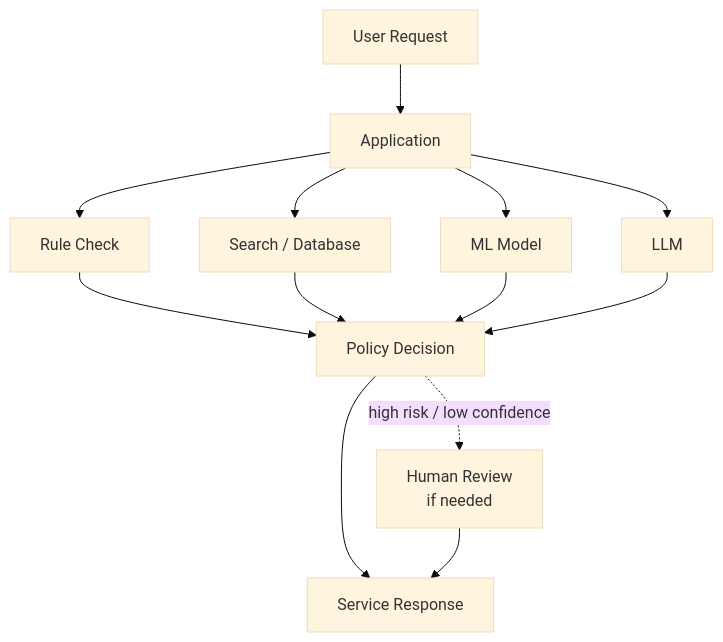
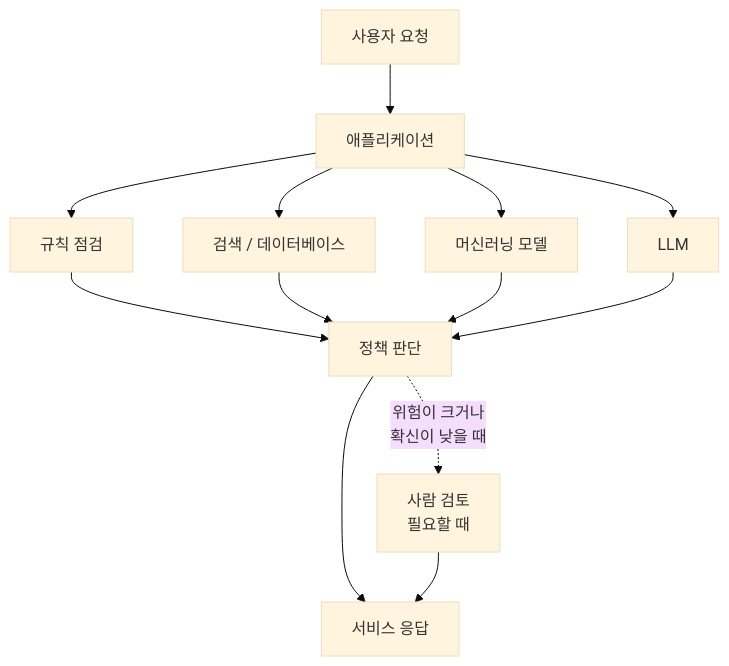
The second of 3 diagrams in docs/parts/part-04/chapter-01/section-01.md (devchan64/AiBook), drawn with Mermaid (base theme) before and after one commit. The commit also changed other lines of this file and 12 other files, not shown here.

Commit message:
Refine Part 4 learning flow and diagrams

````diff
--- a/docs/parts/part-04/chapter-01/section-01.md
+++ b/docs/parts/part-04/chapter-01/section-01.md
@@ -88,25 +88,25 @@
 ```mermaid
 flowchart TD
-  U["User Request"]
-  A["Application"]
-  R["Rule Check"]
-  S["Search / Database"]
-  M["ML Model"]
+  U["사용자 요청"]
+  A["애플리케이션"]
+  R["규칙 점검"]
+  S["검색 / 데이터베이스"]
+  M["머신러닝 모델"]
   L["LLM"]
-  P["Policy Decision"]
-  H["Human Review<br/>if needed"]
-  O["Service Response"]
+  P["정책 판단"]
+  H["사람 검토<br/>필요할 때"]
+  O["서비스 응답"]
 
   U --> A
   A --> R
   A --> S
   A --> M
   A --> L
   R --> P
   S --> P
   M --> P
   L --> P
   P --> O
-  P -. high risk / low confidence .-> H
+  P -. 위험이 크거나<br/>확신이 낮을 때 .-> H
   H --> O
 ```
````
